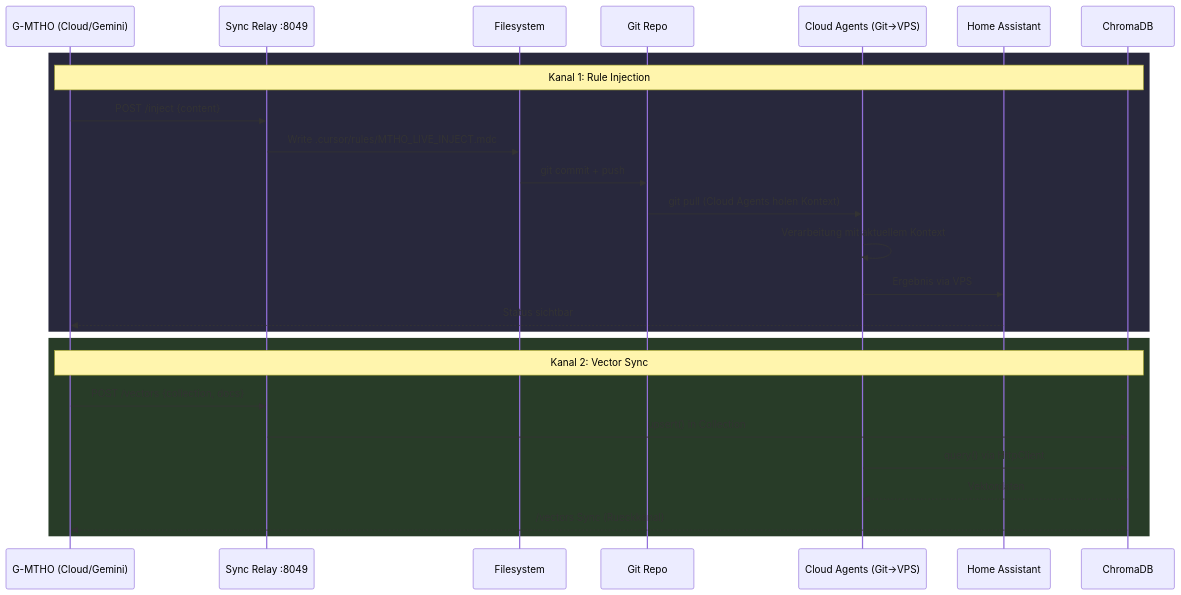
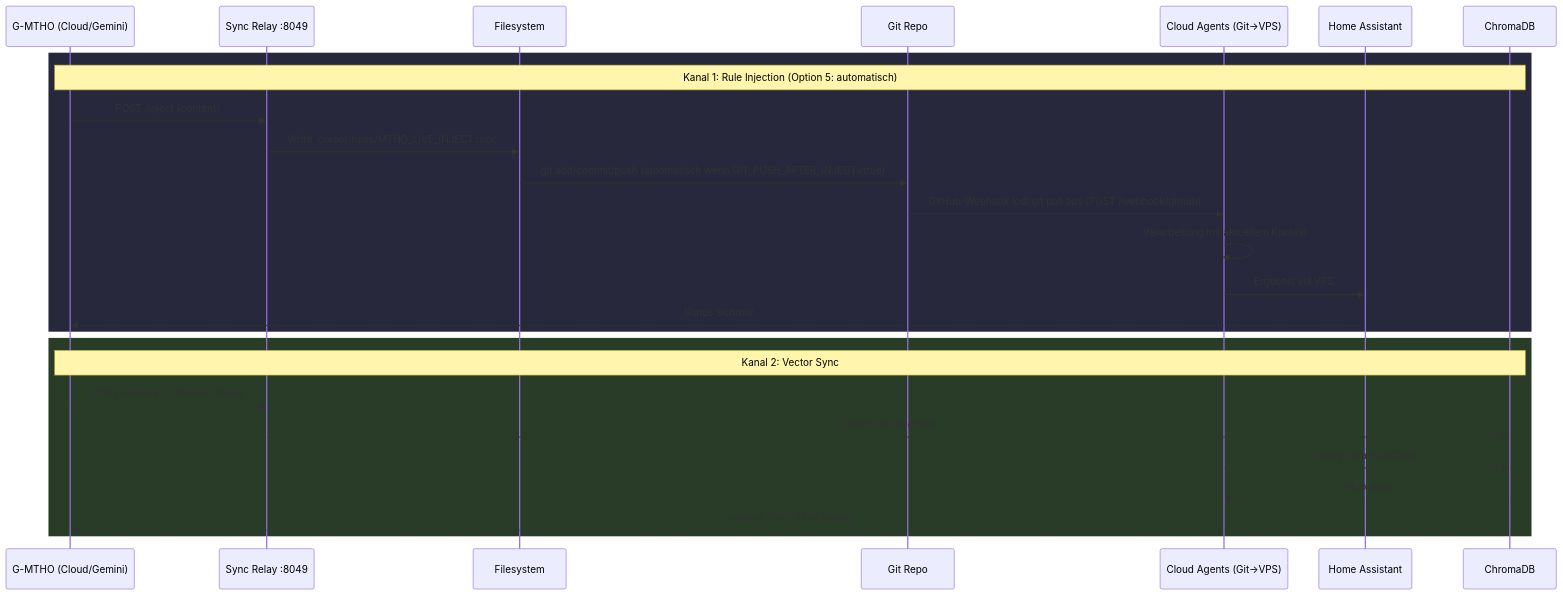
The second of 2 diagrams in docs/02_ARCHITECTURE/G_MTHO_CIRCLE.md (Crow11111/CORE), drawn with Mermaid before and after one commit. The commit also changed other lines of this file and 11 other files, not shown here.

First line of the commit message:
G-MTHO Option 5 live: GitHub-Webhook + VPS-Deployment + Bugfixes (github_webhook.py, mtho_sync_relay auto-push, CRADLE handle_signals Fix, mtho_knowledge SyntaxError Fix, Doku komplett)

````diff
--- a/docs/02_ARCHITECTURE/G_MTHO_CIRCLE.md
+++ b/docs/02_ARCHITECTURE/G_MTHO_CIRCLE.md
@@ -51,30 +51,30 @@
 ```mermaid
 sequenceDiagram
     participant G as G-MTHO (Cloud/Gemini)
     participant S as Sync Relay :8049
     participant F as Filesystem
     participant Git as Git Repo
     participant CA as Cloud Agents (Git→VPS)
     participant HA as Home Assistant
     participant DB as ChromaDB
 
     rect rgb(40,40,60)
-    Note over G,DB: Kanal 1: Rule Injection
+    Note over G,DB: Kanal 1: Rule Injection (Option 5: automatisch)
     G->>S: POST /inject {content}
     S->>F: Write .cursor/rules/MTHO_LIVE_INJECT.mdc
-    F->>Git: git commit + push
-    Git->>CA: git pull (Cloud Agents holen Kontext)
+    F->>Git: git add/commit/push (automatisch wenn GIT_PUSH_AFTER_INJECT=true)
+    Git->>CA: GitHub-Webhook löst git pull aus (POST /webhook/github)
     CA->>CA: Verarbeitung mit aktuellem Kontext
     CA->>HA: Ergebnis via VPS
     HA-->>G: Status sichtbar
     end
 
     rect rgb(40,60,40)
     Note over G,DB: Kanal 2: Vector Sync
     G->>S: POST /vectors {collection, docs}
     S->>DB: upsert() in Collection
     CA->>DB: query() via HttpClient
     DB-->>CA: Vektordaten
     DB-->>G: /vectors Sync (Rueckkanal)
     end
 ```
````
